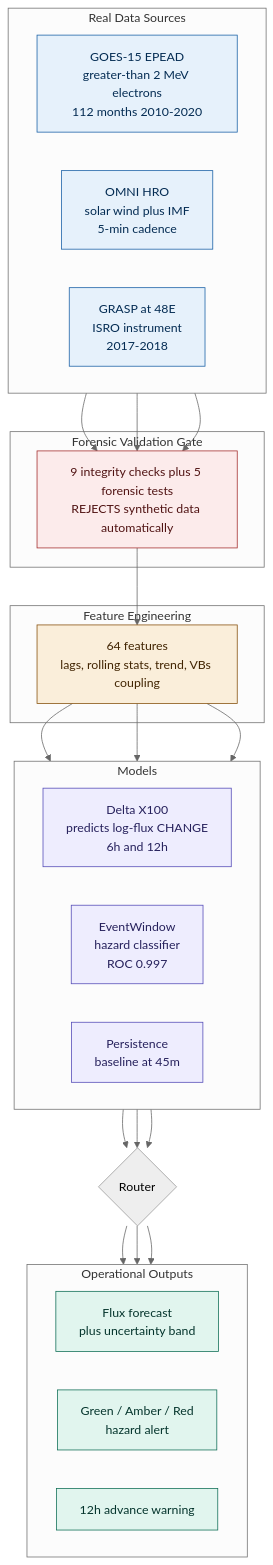
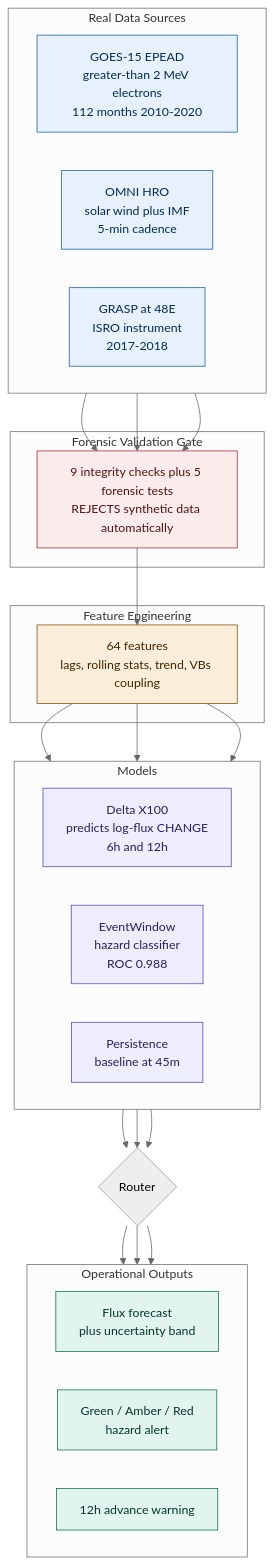
The first of 5 diagrams in README.md (SHAURYASANYAL3/GEOshield), drawn with Mermaid (neutral theme) before and after one commit. The commit also changed other lines of this file and 3 other files, not shown here.

````diff
--- a/README.md
+++ b/README.md
@@ -91,51 +90,51 @@
 ```mermaid
 flowchart TB
     subgraph SRC["Real Data Sources"]
         direction LR
         G["GOES-15 EPEAD<br/>greater-than 2 MeV electrons<br/>112 months 2010-2020"]
         O["OMNI HRO<br/>solar wind plus IMF<br/>5-min cadence"]
         GR["GRASP at 48E<br/>ISRO instrument<br/>2017-2018"]
     end
     subgraph GATE["Forensic Validation Gate"]
         V["9 integrity checks plus 5 forensic tests<br/>REJECTS synthetic data automatically"]
     end
     subgraph FE["Feature Engineering"]
         F["64 features<br/>lags, rolling stats, trend, VBs coupling"]
     end
     subgraph MODEL["Models"]
         direction LR
         D["Delta X100<br/>predicts log-flux CHANGE<br/>6h and 12h"]
-        E["EventWindow<br/>hazard classifier<br/>ROC 0.997"]
+        E["EventWindow<br/>hazard classifier<br/>ROC 0.988"]
         P["Persistence<br/>baseline at 45m"]
     end
     R{"Router"}
     subgraph OUT["Operational Outputs"]
         direction LR
         O1["Flux forecast<br/>plus uncertainty band"]
         O2["Green / Amber / Red<br/>hazard alert"]
         O3["12h advance warning"]
     end
     G --> V
     O --> V
     GR --> V
     V --> F
     F --> D
     F --> E
     F --> P
     D --> R
     E --> R
     P --> R
     R --> O1
     R --> O2
     R --> O3
     classDef src fill:#E6F1FB,stroke:#185FA5,color:#042C53
     classDef gate fill:#FCEBEB,stroke:#A32D2D,color:#501313
     classDef feat fill:#FAEEDA,stroke:#854F0B,color:#412402
     classDef model fill:#EEEDFE,stroke:#534AB7,color:#26215C
     classDef out fill:#E1F5EE,stroke:#0F6E56,color:#04342C
     class G,O,GR src
     class V gate
     class F feat
     class D,E,P model
     class O1,O2,O3 out
 ```
````
